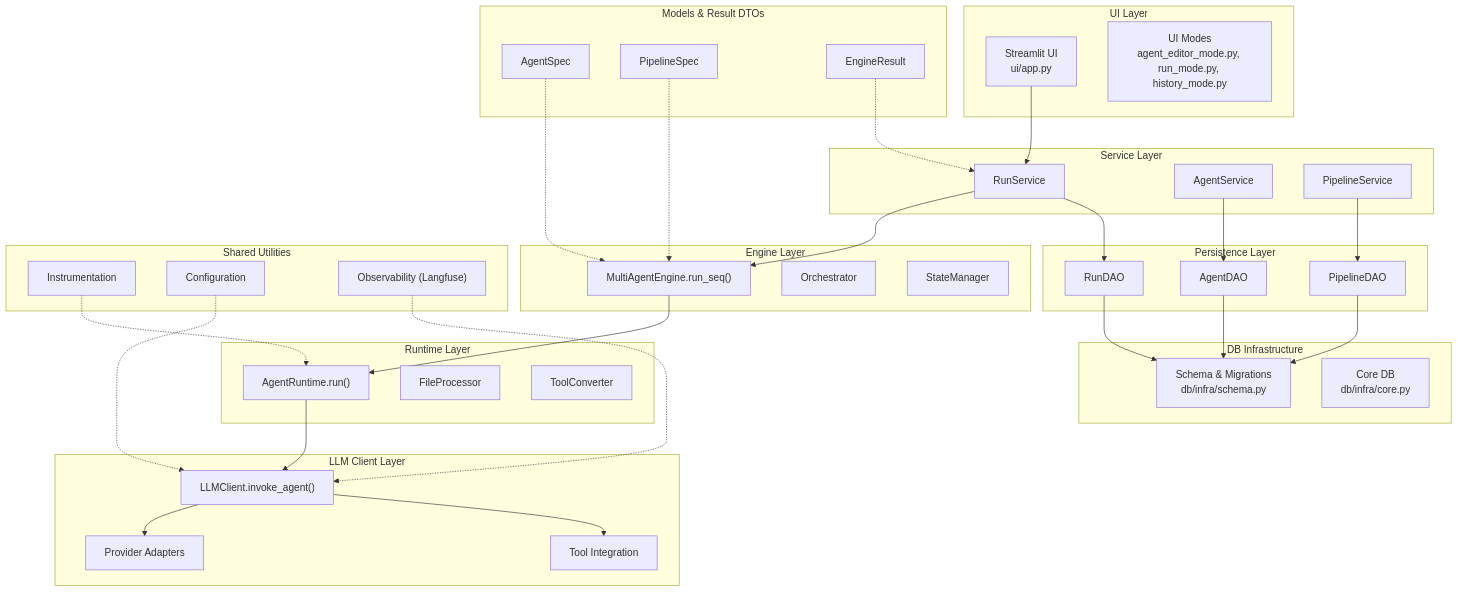
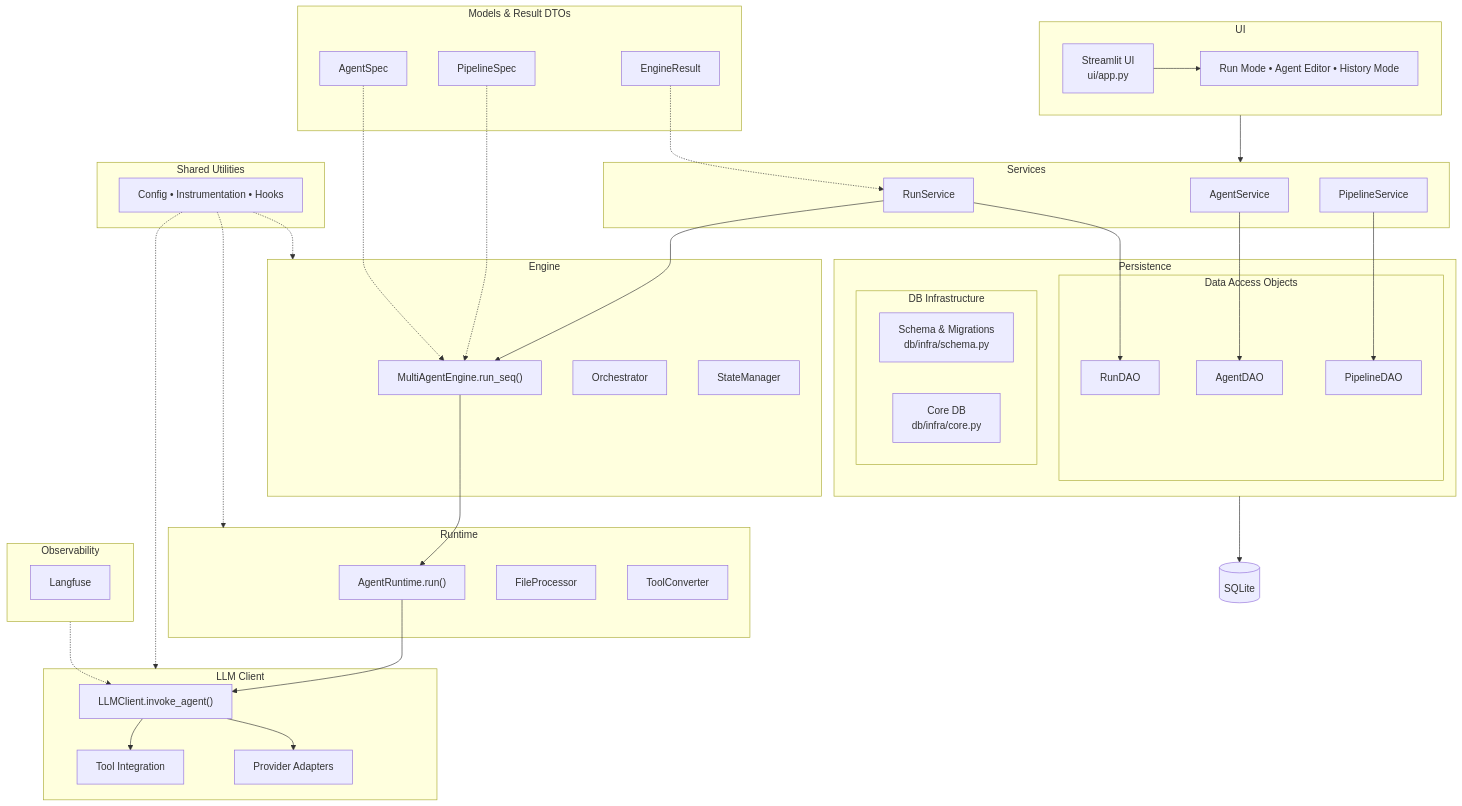
One commit to paul-wosch/Multi-Agent-Dashboard changed the fifth of 9 diagrams in docs/ARCHITECTURE.md. Above: the diagram before and after it, drawn with Mermaid. The commit also changed other lines of this file, not shown here.

First line of the commit message:
docs(architecture): improve diagram clarity

````diff
--- a/docs/ARCHITECTURE.md
+++ b/docs/ARCHITECTURE.md
@@ -464,73 +489,80 @@
 ```mermaid
 graph TD
-    subgraph "UI Layer"
+    subgraph UILayer["UI"]
         UI["Streamlit UI<br/>ui/app.py"]
-        UIModes["UI Modes<br/>agent_editor_mode.py, run_mode.py, history_mode.py"]
+        UIModes["Run Mode • Agent Editor • History Mode"]
     end
     
-    subgraph "Service Layer"
+    subgraph ServiceLayer["Services"]
         RunService[RunService]
         AgentService[AgentService]
         PipelineService[PipelineService]
     end
     
-    subgraph "Persistence Layer"
-        AgentsDAO[AgentDAO]
-        PipelinesDAO[PipelineDAO]
-        RunsDAO[RunDAO]
+    subgraph PersistenceLayer["Persistence"]
+        subgraph DAOs["Data Access Objects"]
+            AgentsDAO[AgentDAO]
+            RunsDAO[RunDAO]
+            PipelinesDAO[PipelineDAO]
+        end
+        subgraph DBInfraLayer["DB Infrastructure"]
+            Schema["Schema & Migrations<br/>db/infra/schema.py"]
+            Core["Core DB<br/>db/infra/core.py"]
+        end
     end
     
-    subgraph "DB Infrastructure"
-        Schema["Schema & Migrations<br/>db/infra/schema.py"]
-        Core["Core DB<br/>db/infra/core.py"]
-    end
+    SQLite[(SQLite)]
+
     
-    subgraph "Engine Layer"
+    subgraph EngineLayer["Engine"]
         MultiAgentEngine["MultiAgentEngine.run_seq()"]
         Orchestrator[Orchestrator]
         StateManager[StateManager]
     end
     
-    subgraph "Runtime Layer"
+    subgraph RuntimeLayer["Runtime"]
         AgentRuntime["AgentRuntime.run()"]
         FileProcessor[FileProcessor]
         ToolConverter[ToolConverter]
     end
     
-    subgraph "LLM Client Layer"
+    subgraph LLMClientLayer["LLM Client"]
         LLMClient["LLMClient.invoke_agent()"]
         ProviderAdapters[Provider Adapters]
         ToolIntegration[Tool Integration]
     end
     
-    subgraph "Models & Result DTOs"
+    subgraph ModelsResultsLayer["Models & Result DTOs"]
         AgentSpec[AgentSpec]
         PipelineSpec[PipelineSpec]
         EngineResult[EngineResult]
     end
     
-    subgraph "Shared Utilities"
-        Instrumentation[Instrumentation]
-        Config[Configuration]
-        Observability["Observability (Langfuse)"]
+    subgraph SharedLayer["Shared Utilities"]
+        SharedUtils["Config • Instrumentation • Hooks"]
+    end
+
+    subgraph Observability["Observability"]
+        Langfuse[Langfuse]
     end
     
-    UI --> RunService
+    UILayer --> ServiceLayer
+    UI --> UIModes
+    RunService --> RunsDAO
     RunService --> MultiAgentEngine
-    RunService --> RunsDAO
+    
     AgentService --> AgentsDAO
     PipelineService --> PipelinesDAO
-    AgentsDAO --> Schema
-    PipelinesDAO --> Schema
-    RunsDAO --> Schema
+    PersistenceLayer --> SQLite
     MultiAgentEngine --> AgentRuntime
     AgentRuntime --> LLMClient
     LLMClient --> ProviderAdapters
     LLMClient --> ToolIntegration
-    Instrumentation -.-> AgentRuntime
-    Config -.-> LLMClient
+    SharedUtils -.-> EngineLayer
+    SharedUtils -.-> RuntimeLayer
+    SharedUtils -.-> LLMClientLayer
     Observability -.-> LLMClient
     AgentSpec -.-> MultiAgentEngine
     PipelineSpec -.-> MultiAgentEngine
     EngineResult -.-> RunService
 ```
````
